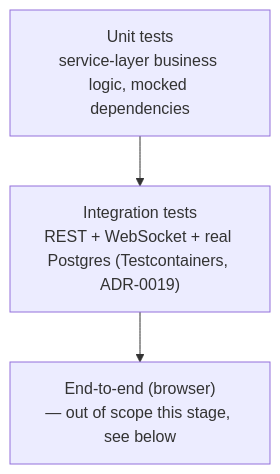
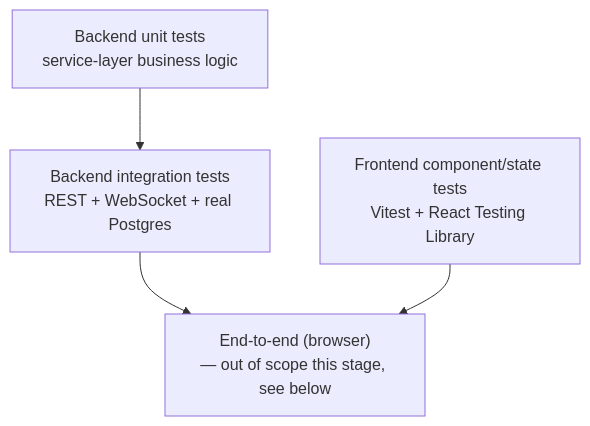
Before and after one commit to NguyenTruongNgocHan/pulselink: the diagram in docs/testing/strategy.md, drawn with Mermaid. The commit also changed other lines of this file and 31 other files, not shown here.

````diff
--- a/docs/testing/strategy.md
+++ b/docs/testing/strategy.md
@@ -15,8 +15,10 @@
 ```mermaid
 flowchart TB
     E2E["End-to-end (browser)<br/>— out of scope this stage, see below"]
-    Integration["Integration tests<br/>REST + WebSocket + real Postgres (Testcontainers, ADR-0019)"]
-    Unit["Unit tests<br/>service-layer business logic, mocked dependencies"]
+    Integration["Backend integration tests<br/>REST + WebSocket + real Postgres"]
+    Frontend["Frontend component/state tests<br/>Vitest + React Testing Library"]
+    Unit["Backend unit tests<br/>service-layer business logic"]
 
     Unit --> Integration --> E2E
+    Frontend --> E2E
 ```
````
